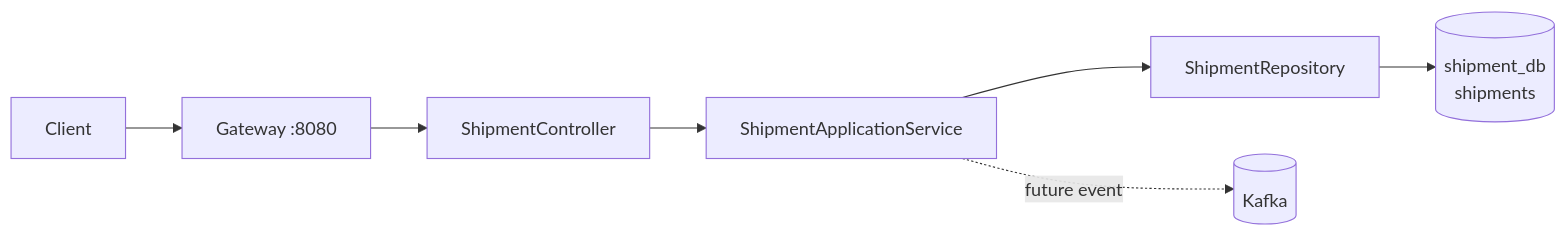
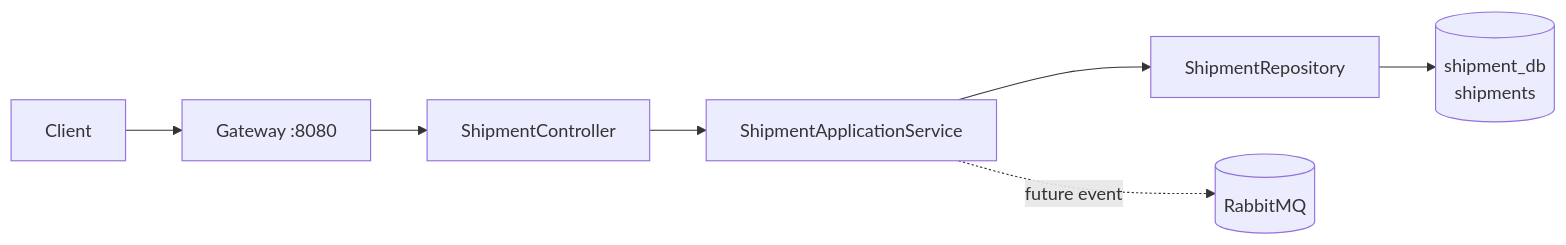
Before and after one commit to hieugiddy/javaspring-logictics: the diagram in services/shipment-service/README.md, drawn with Mermaid. The commit also changed 25 other files, not shown here.

````diff
--- a/services/shipment-service/README.md
+++ b/services/shipment-service/README.md
@@ -7,9 +7,9 @@
 ```mermaid
 flowchart LR
- C[Client] --> G[Gateway :8080]
- G --> SC[ShipmentController]
- SC --> SS[ShipmentApplicationService]
- SS --> SR[ShipmentRepository]
- SR --> DB[(shipment_db\nshipments)]
- SS -. future event .-> K[(Kafka)]
+  C[Client] --> G[Gateway :8080]
+  G --> SC[ShipmentController]
+  SC --> SS[ShipmentApplicationService]
+  SS --> SR[ShipmentRepository]
+  SR --> DB[(shipment_db\nshipments)]
+  SS -. future event .-> K[(RabbitMQ)]
 ```
````
